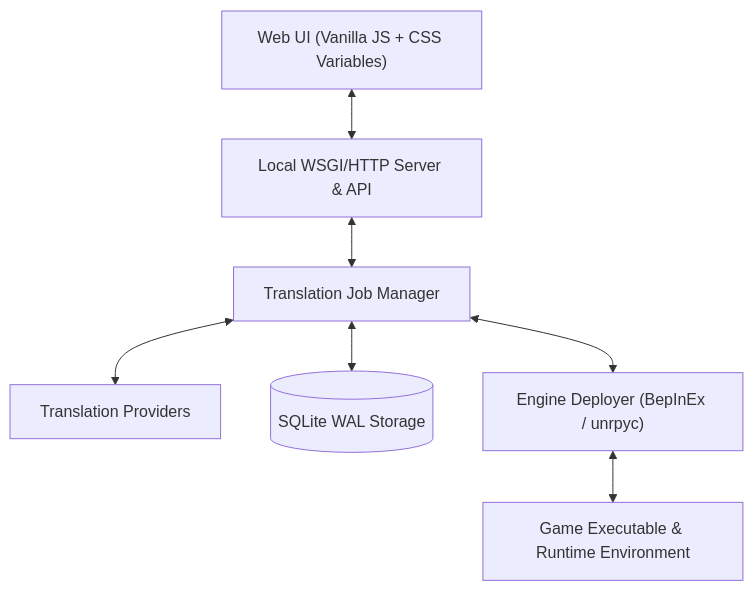
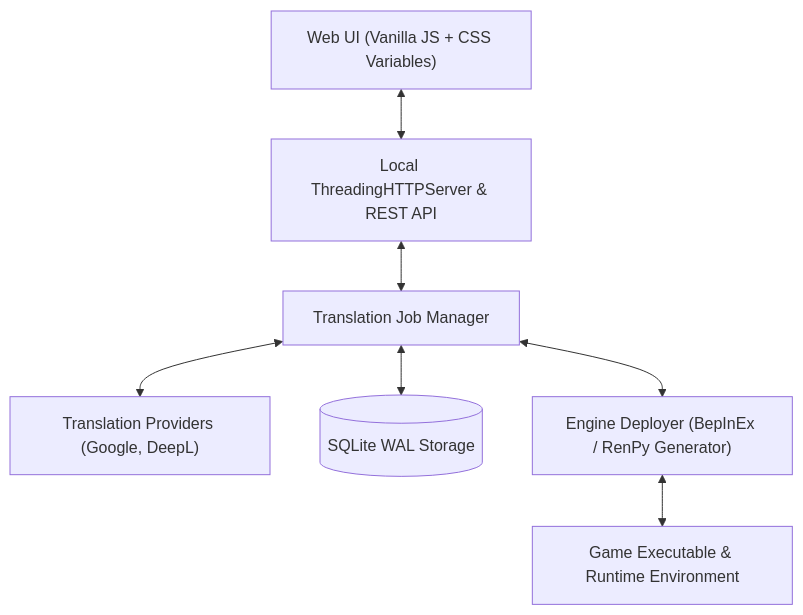
One commit to danhdz07082005/AutoTranslatorManager changed the second of 2 diagrams in README.md. Above: the diagram before and after it, drawn with Mermaid. The commit also changed other lines of this file, not shown here.

````diff
--- a/README.md
+++ b/README.md
@@ -270,9 +272,9 @@
 ```mermaid
 graph TD
-    Client["Web UI (Vanilla JS + CSS Variables)"] <--> Server["Local WSGI/HTTP Server & API"]
+    Client["Web UI (Vanilla JS + CSS Variables)"] <--> Server["Local ThreadingHTTPServer & REST API"]
     Server <--> Manager["Translation Job Manager"]
-    Manager <--> Translators["Translation Providers"]
+    Manager <--> Translators["Translation Providers (Google, DeepL)"]
     Manager <--> Storage[("SQLite WAL Storage")]
-    Manager <--> Deployer["Engine Deployer (BepInEx / unrpyc)"]
+    Manager <--> Deployer["Engine Deployer (BepInEx / RenPy Generator)"]
     Deployer <--> Target["Game Executable & Runtime Environment"]
 ```
````
